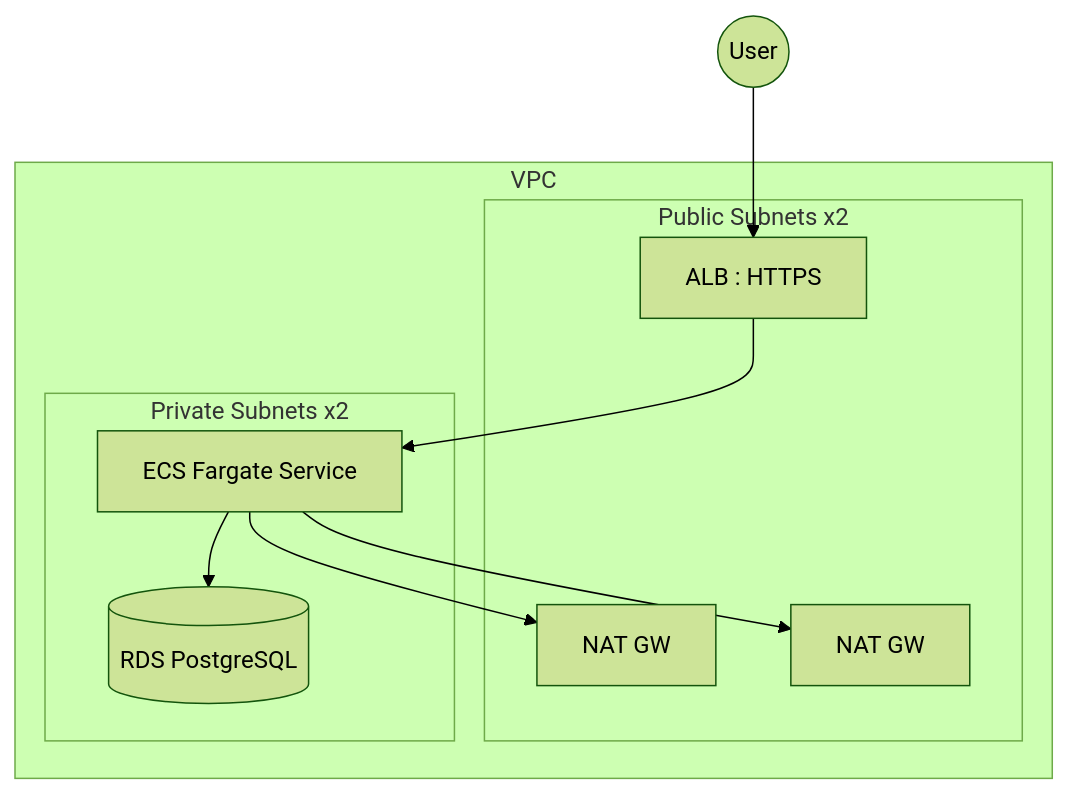
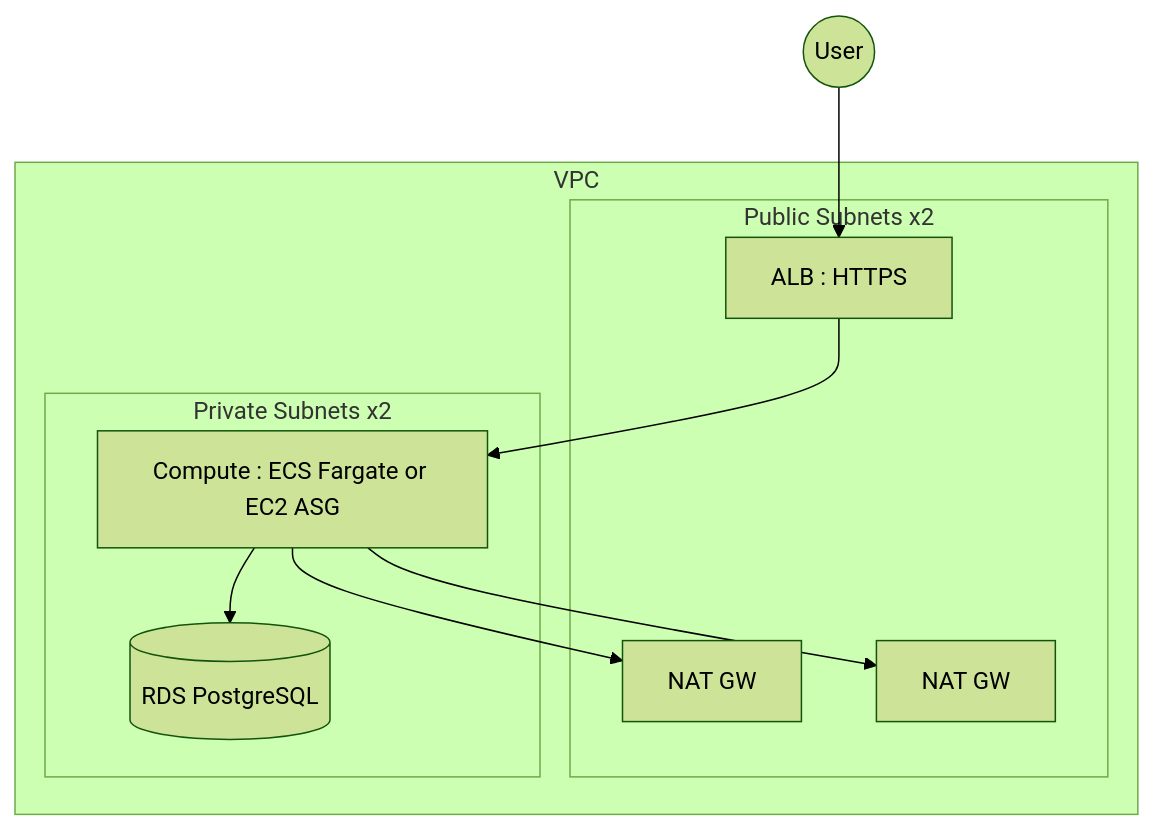
One commit to renanfenrich/aws-platform-starter changed the diagram in docs/architecture.md. Above: the diagram before and after it, drawn with Mermaid (forest theme). The commit also changed other lines of this file and 11 other files, not shown here.

````diff
--- a/docs/architecture.md
+++ b/docs/architecture.md
@@ -7,22 +12,22 @@
 ```mermaid
 flowchart TB
   User((User)) --> ALB[ALB : HTTPS]
 
   subgraph VPC
     subgraph PublicSubnets[Public Subnets x2]
       ALB
       NAT1[NAT GW]
       NAT2[NAT GW]
     end
 
     subgraph PrivateSubnets[Private Subnets x2]
-      ECS[ECS Fargate Service]
+      Compute[Compute : ECS Fargate or EC2 ASG]
       RDS[(RDS PostgreSQL)]
     end
   end
 
-  ALB --> ECS
-  ECS --> RDS
-  ECS --> NAT1
-  ECS --> NAT2
+  ALB --> Compute
+  Compute --> RDS
+  Compute --> NAT1
+  Compute --> NAT2
 ```
````
